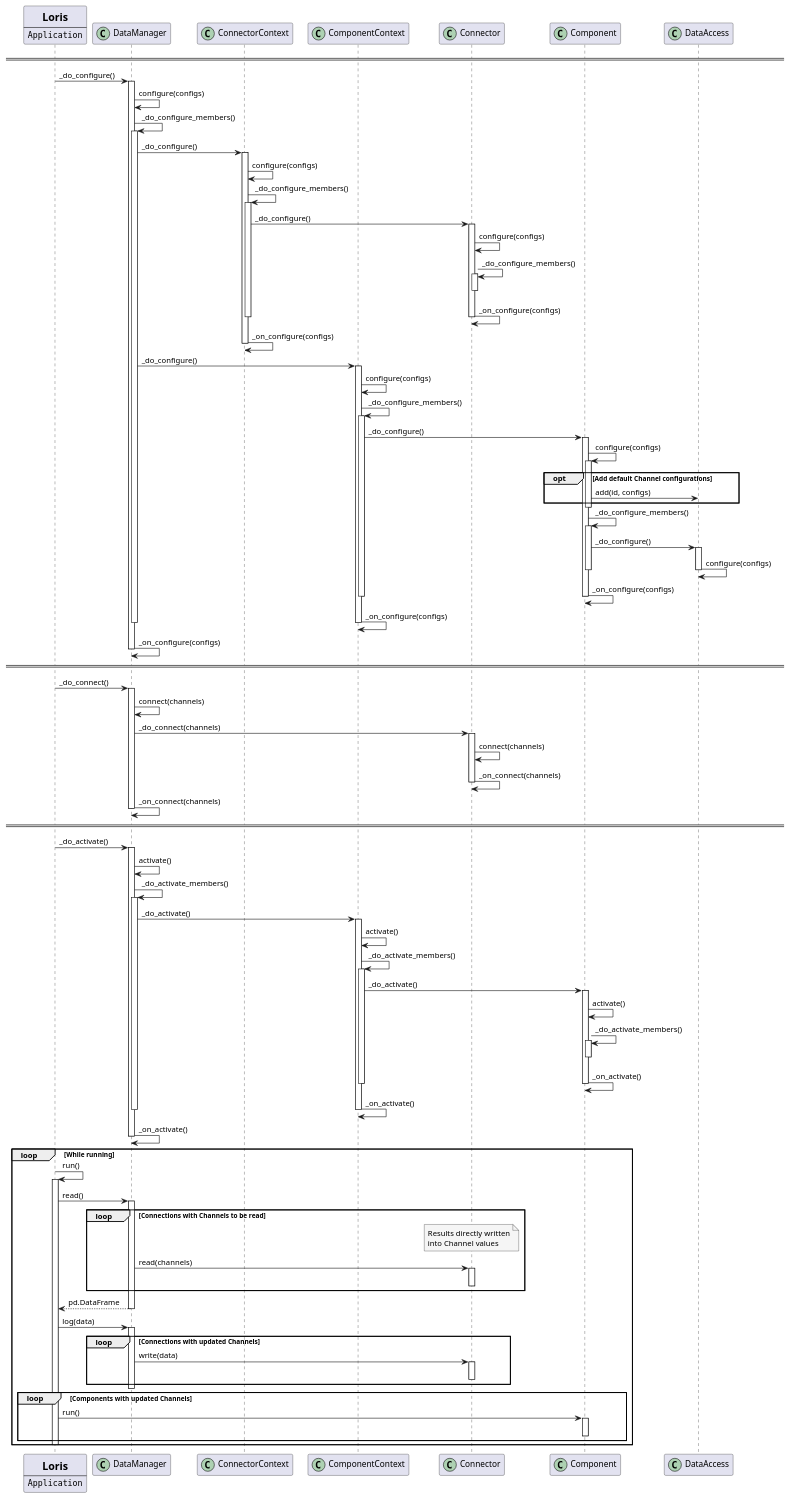
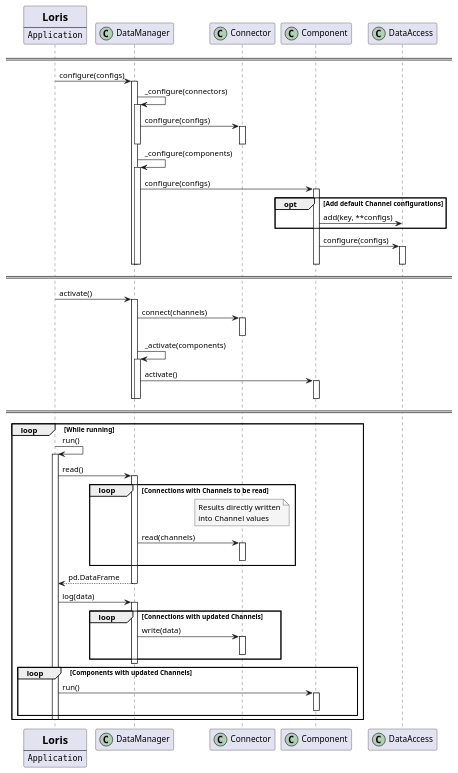
One commit to isc-konstanz/lories changed the diagram in doc/_static/diagrams/lifecycle.plantuml. Above: the diagram before and after it, drawn with PlantUML. The commit also changed 1 other file, not shown here.

Commit message:
Simplify lifecycle sequence diagram

```diff
--- a/doc/_static/diagrams/lifecycle.plantuml
+++ b/doc/_static/diagrams/lifecycle.plantuml
@@ -1,175 +1,103 @@
 @startuml lifecycle
 participant Application [
     =Loris
     ----
     ""Application""
 ]
 participant DataManager << (C,#ADD1B2) >>
-participant ConnectorContext << (C,#ADD1B2) >>
-participant ComponentContext << (C,#ADD1B2) >>
 participant Connector << (C,#ADD1B2) >>
 participant Component << (C,#ADD1B2) >>
 participant DataAccess << (C,#ADD1B2) >>
 
 ====
 
-Application -> DataManager: _do_configure()
+Application -> DataManager: configure(configs)
 activate DataManager
 
-DataManager -> DataManager: configure(configs)
-DataManager -> DataManager: _do_configure_members()
+DataManager -> DataManager: _configure(connectors)
 activate DataManager
 
 
-DataManager -> ConnectorContext: _do_configure()
-activate ConnectorContext
-
-ConnectorContext -> ConnectorContext: configure(configs)
-ConnectorContext -> ConnectorContext: _do_configure_members()
-activate ConnectorContext
-
-ConnectorContext -> Connector: _do_configure()
+DataManager -> Connector: configure(configs)
 activate Connector
-Connector -> Connector: configure(configs)
-Connector -> Connector: _do_configure_members()
-activate Connector
-deactivate Connector
-Connector -> Connector: _on_configure(configs)
 
 deactivate Connector
-deactivate ConnectorContext
+deactivate DataManager
 
-ConnectorContext -> ConnectorContext: _on_configure(configs)
-deactivate ConnectorContext
+DataManager -> DataManager: _configure(components)
+activate DataManager
+
+DataManager -> Component: configure(configs)
+    opt Add default Channel configurations
+    activate Component
+    Component -> DataAccess: add(key, **configs)
+    end
 
 
-DataManager -> ComponentContext: _do_configure()
-activate ComponentContext
-
-ComponentContext -> ComponentContext: configure(configs)
-ComponentContext -> ComponentContext: _do_configure_members()
-activate ComponentContext
-
-ComponentContext -> Component: _do_configure()
-activate Component
-Component -> Component: configure(configs)
-    opt Add default Channel configurations
-    activate Component
-    Component -> DataAccess: add(id, configs)
-    end
-deactivate Component
-
-Component -> Component: _do_configure_members()
-activate Component
-
-Component -> DataAccess: _do_configure()
+Component -> DataAccess: configure(configs)
 activate DataAccess
-DataAccess -> DataAccess: configure(configs)
 deactivate DataAccess
-deactivate Component
-
-Component -> Component: _on_configure(configs)
 
 deactivate Component
-deactivate ComponentContext
-
-ComponentContext -> ComponentContext: _on_configure(configs)
-deactivate ComponentContext
-
-
 deactivate DataManager
 
-DataManager -> DataManager: _on_configure(configs)
 deactivate DataManager
 
 ====
 
-Application -> DataManager: _do_connect()
+Application -> DataManager: activate()
 activate DataManager
 
-DataManager -> DataManager: connect(channels)
-DataManager -> Connector: _do_connect(channels)
-
+DataManager -> Connector: connect(channels)
 activate Connector
-Connector -> Connector: connect(channels)
-Connector -> Connector: _on_connect(channels)
 deactivate Connector
 
-DataManager -> DataManager: _on_connect(channels)
+
+DataManager -> DataManager: _activate(components)
+activate DataManager
+
+DataManager -> Component: activate()
+activate Component
+deactivate Component
+
+deactivate DataManager
 deactivate DataManager
 
 ====
-
-
-Application -> DataManager: _do_activate()
-activate DataManager
-
-DataManager -> DataManager: activate()
-DataManager -> DataManager: _do_activate_members()
-activate DataManager
-
-
-DataManager -> ComponentContext: _do_activate()
-activate ComponentContext
-
-ComponentContext -> ComponentContext: activate()
-ComponentContext -> ComponentContext: _do_activate_members()
-activate ComponentContext
-
-ComponentContext -> Component: _do_activate()
-activate Component
-Component -> Component: activate()
-Component -> Component: _do_activate_members()
-activate Component
-deactivate Component
-
-Component -> Component: _on_activate()
-
-deactivate Component
-deactivate ComponentContext
-
-ComponentContext -> ComponentContext: _on_activate()
-deactivate ComponentContext
-
-
-deactivate DataManager
-
-DataManager -> DataManager: _on_activate()
-deactivate DataManager
 
 loop While running
     Application -> Application: run()
     Activate Application
 
     Application -> DataManager: read()
     activate DataManager
 
     loop Connections with Channels to be read
         note over Connector #f5f5f5
             Results directly written
             into Channel values
         end note
         DataManager -> Connector: read(channels)
         activate Connector
         deactivate Connector
     end
     return pd.DataFrame
 
     Application -> DataManager: log(data)
     activate DataManager
 
     loop Connections with updated Channels
         DataManager -> Connector: write(data)
         activate Connector
         deactivate Connector
     end
     deactivate DataManager
 
     loop Components with updated Channels
         Application -> Component: run()
         activate Component
         deactivate Component
     end
     deactivate Application
 end
 @enduml
```
